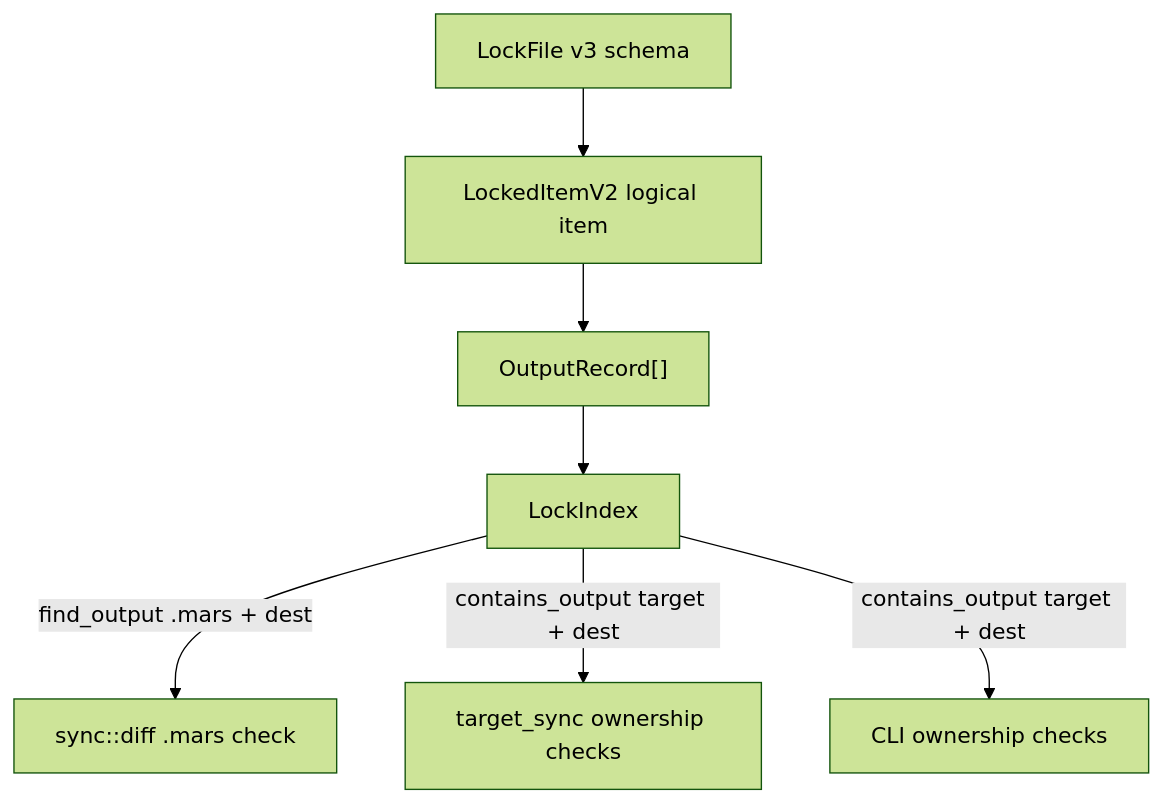
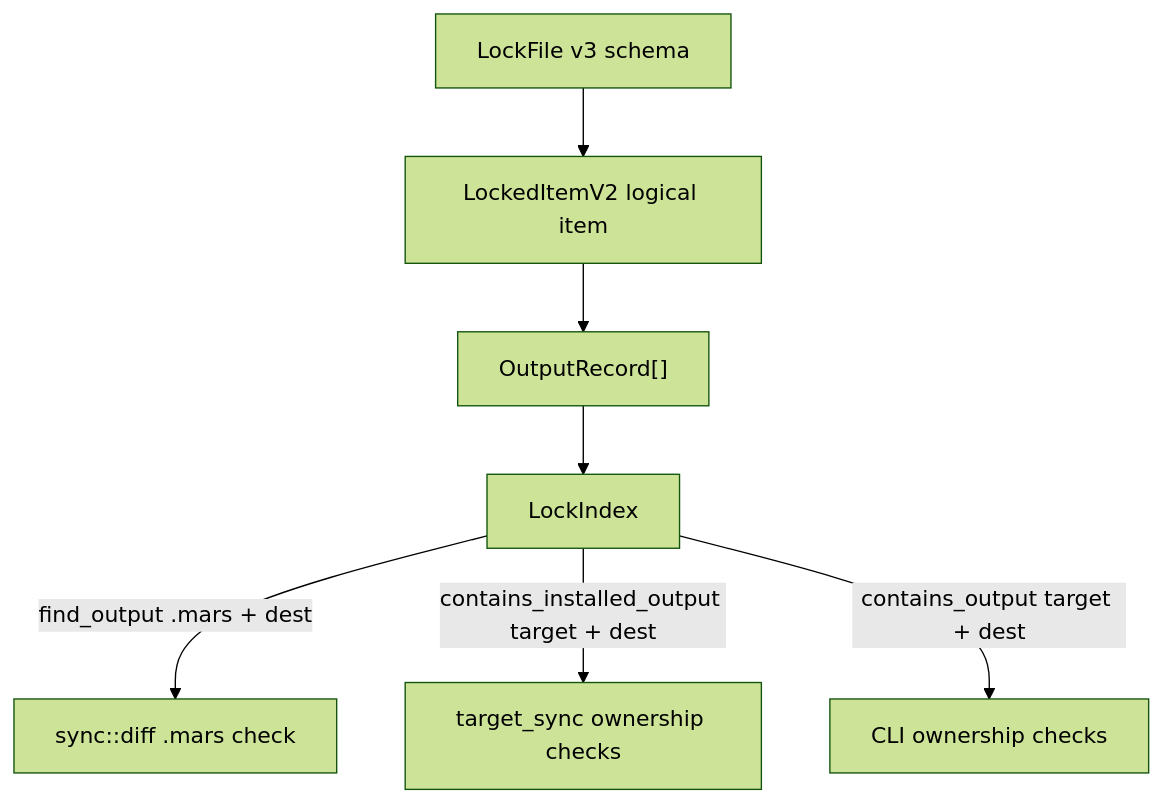
Before and after one commit to haowjy/mars-agents: the diagram in src/lock/.context/CONTEXT.md, drawn with Mermaid (forest theme). The commit also changed other lines of this file and 10 other files, not shown here.

````diff
--- a/src/lock/.context/CONTEXT.md
+++ b/src/lock/.context/CONTEXT.md
@@ -97,15 +98,15 @@
 ```mermaid
 flowchart TD
     LockFile["LockFile v3 schema"]
     Item["LockedItemV2 logical item"]
     Outputs["OutputRecord[]"]
     Index["LockIndex"]
     Canonical["sync::diff .mars check"]
     TargetSync["target_sync ownership checks"]
     CLI["CLI ownership checks"]
 
     LockFile --> Item --> Outputs --> Index
     Index -->|find_output .mars + dest| Canonical
-    Index -->|contains_output target + dest| TargetSync
+    Index -->|contains_installed_output target + dest| TargetSync
     Index -->|contains_output target + dest| CLI
 ```
````
